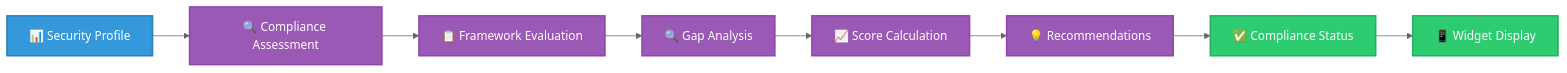
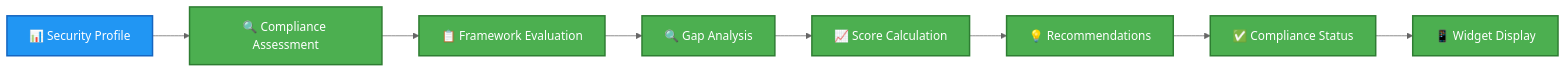
The sixth of 6 diagrams in docs/architecture/DATA_MODEL.md (step-security-bot/cia-compliance-manager), drawn with Mermaid (neutral theme) before and after one commit. The commit also changed other lines of this file and 27 other files, not shown here.

First line of the commit message:
fix: resolve broken mermaid diagrams and improve color coding to match ISMS style guide (#1106)

````diff
--- a/docs/architecture/DATA_MODEL.md
+++ b/docs/architecture/DATA_MODEL.md
@@ -1476,18 +1476,18 @@
 ```mermaid
 flowchart LR
     Profile[📊 Security Profile] --> Assessment[🔍 Compliance Assessment]
     Assessment --> Frameworks[📋 Framework Evaluation]
     Frameworks --> Gap[🔍 Gap Analysis]
     Gap --> Score[📈 Score Calculation]
     Score --> Recommendations[💡 Recommendations]
     Recommendations --> Status[✅ Compliance Status]
     Status --> Display[📱 Widget Display]
     
-    classDef input fill:#3498db,stroke:#2980b9,stroke-width:2px,color:#fff
-    classDef process fill:#9b59b6,stroke:#8e44ad,stroke-width:2px,color:#fff
-    classDef output fill:#2ecc71,stroke:#27ae60,stroke-width:2px,color:#fff
+    classDef input fill:#2196F3,stroke:#1565C0,stroke-width:2px,color:#ffffff
+    classDef process fill:#4CAF50,stroke:#2E7D32,stroke-width:2px,color:#ffffff
+    classDef output fill:#4CAF50,stroke:#2E7D32,stroke-width:2px,color:#ffffff
     
     class Profile input
     class Assessment,Frameworks,Gap,Score,Recommendations process
     class Status,Display output
 ```
````
